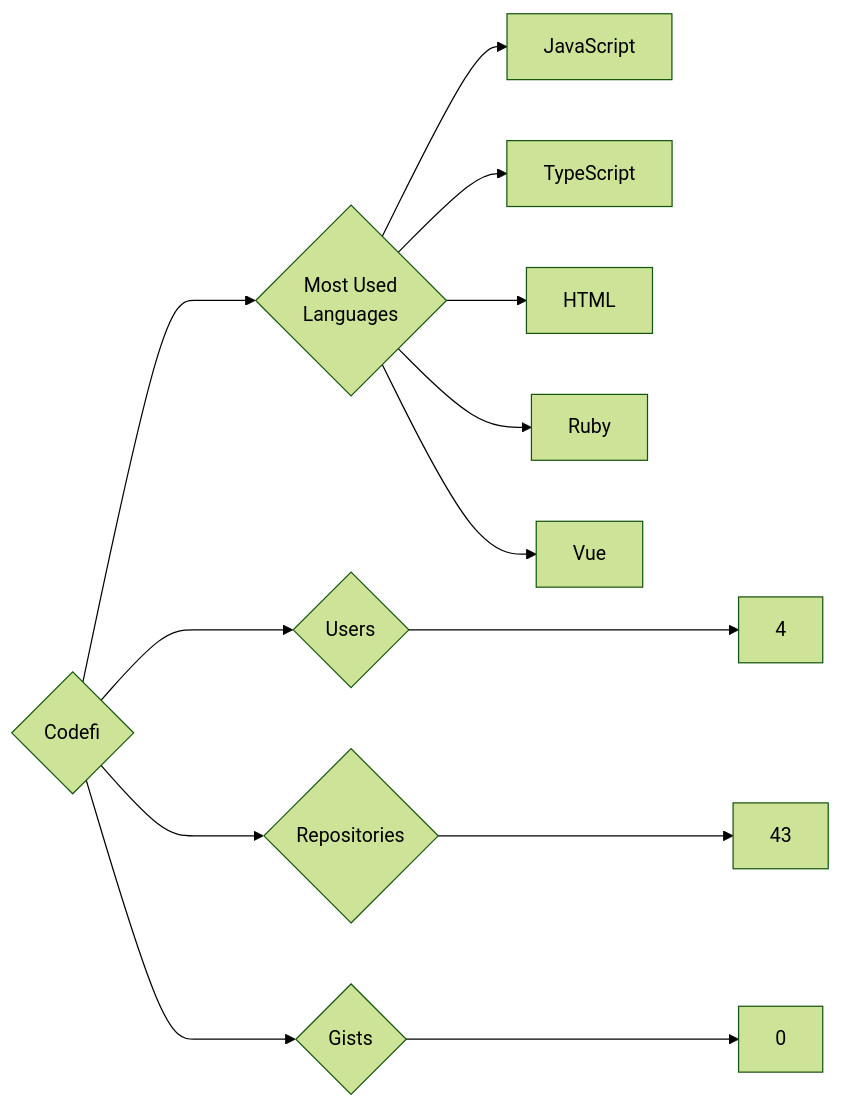
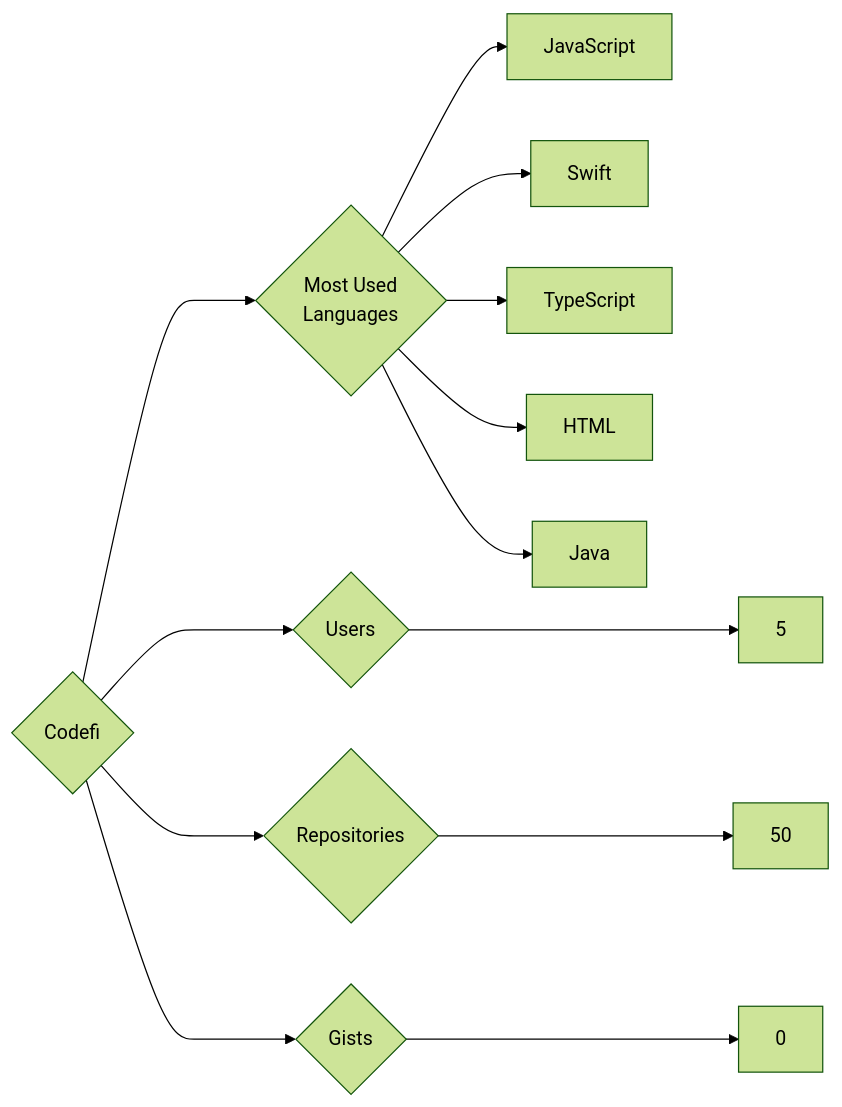
The diagram in targets/Codefi/README.md (trickest/insiders), drawn with Mermaid (forest theme) before and after one commit. The commit also changed 916 other files, not shown here.

````diff
--- a/targets/Codefi/README.md
+++ b/targets/Codefi/README.md
@@ -3,13 +3,13 @@
 ```mermaid
 graph LR
 COMPANY_NAME{Codefi}
-COMPANY_NAME ---> U{Users} ---> UN[4]
-COMPANY_NAME ---> R{Repositories} ---> RN[43]
+COMPANY_NAME ---> U{Users} ---> UN[5]
+COMPANY_NAME ---> R{Repositories} ---> RN[50]
 COMPANY_NAME ---> G{Gists} ---> GN[0]
 COMPANY_NAME ---> ML{Most Used<br>Languages}
 ML --> JavaScript[JavaScript]
+ML --> Swift[Swift]
 ML --> TypeScript[TypeScript]
 ML --> HTML[HTML]
-ML --> Ruby[Ruby]
-ML --> Vue[Vue]
+ML --> Java[Java]
 ```
````
